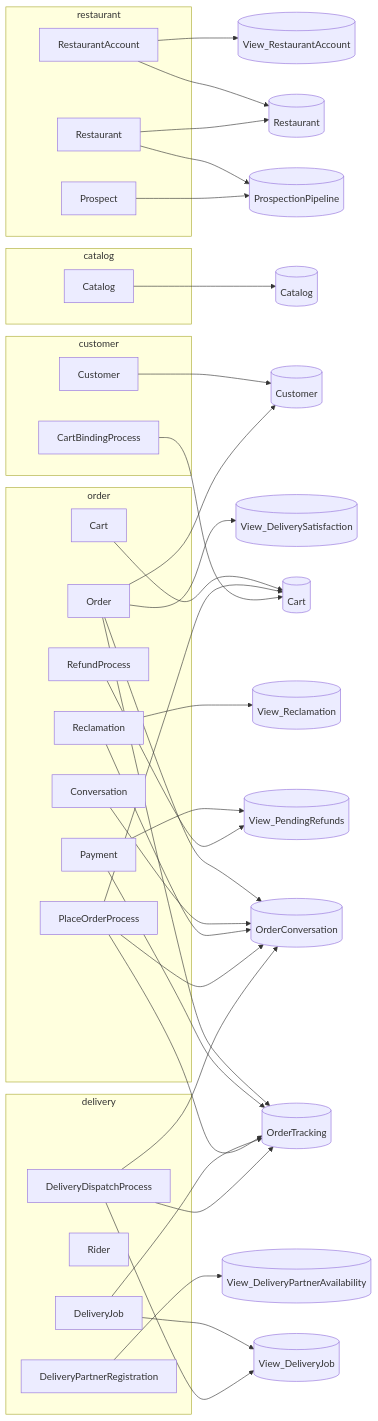
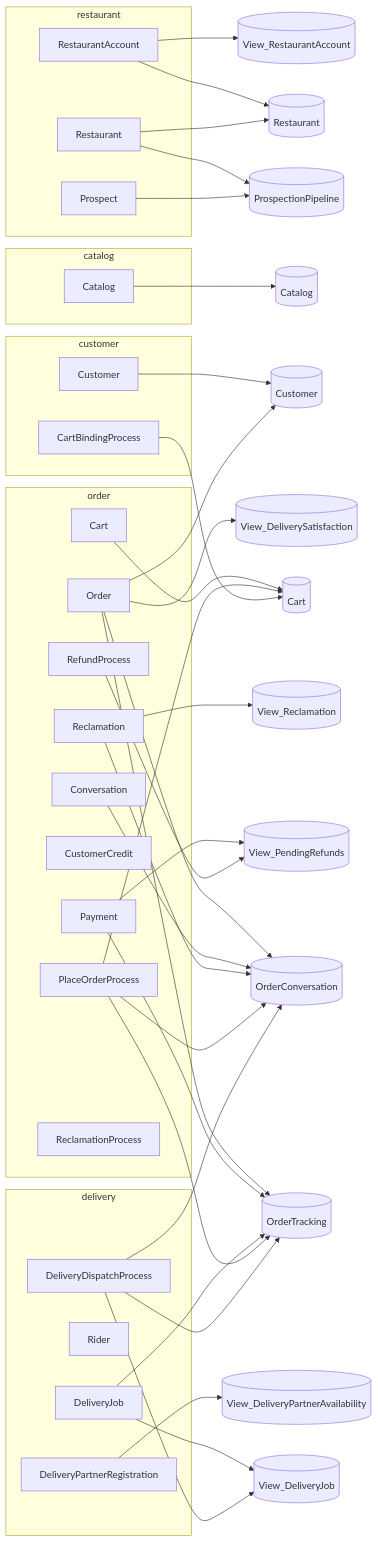
The second of 7 diagrams in specs/generated/c4.generated.md (TheCaptainCompany/captain-food), drawn with Mermaid before and after one commit. The commit also changed other lines of this file and 28 other files, not shown here.

First line of the commit message:
feat(#158): CustomerCredit ledger + ReclamationProcess saga (credit arm) — foundation

````diff
--- a/specs/generated/c4.generated.md
+++ b/specs/generated/c4.generated.md
@@ -64,71 +64,73 @@
 ```mermaid
 flowchart LR
   subgraph g_restaurant["restaurant"]
     a_RestaurantAccount["RestaurantAccount"]
     a_Restaurant["Restaurant"]
     a_Prospect["Prospect"]
   end
   subgraph g_catalog["catalog"]
     a_Catalog["Catalog"]
   end
   subgraph g_order["order"]
     a_Cart["Cart"]
     a_Order["Order"]
     a_Payment["Payment"]
     a_Conversation["Conversation"]
     a_Reclamation["Reclamation"]
+    a_CustomerCredit["CustomerCredit"]
     a_PlaceOrderProcess["PlaceOrderProcess"]
     a_RefundProcess["RefundProcess"]
+    a_ReclamationProcess["ReclamationProcess"]
   end
   subgraph g_customer["customer"]
     a_Customer["Customer"]
     a_CartBindingProcess["CartBindingProcess"]
   end
   subgraph g_delivery["delivery"]
     a_DeliveryJob["DeliveryJob"]
     a_Rider["Rider"]
     a_DeliveryPartnerRegistration["DeliveryPartnerRegistration"]
     a_DeliveryDispatchProcess["DeliveryDispatchProcess"]
   end
   v_View_RestaurantAccount[("View_RestaurantAccount")]
   v_Restaurant[("Restaurant")]
   v_ProspectionPipeline[("ProspectionPipeline")]
   v_View_DeliveryPartnerAvailability[("View_DeliveryPartnerAvailability")]
   v_Catalog[("Catalog")]
   v_Customer[("Customer")]
   v_Cart[("Cart")]
   v_OrderTracking[("OrderTracking")]
   v_OrderConversation[("OrderConversation")]
   v_View_DeliverySatisfaction[("View_DeliverySatisfaction")]
   v_View_PendingRefunds[("View_PendingRefunds")]
   v_View_DeliveryJob[("View_DeliveryJob")]
   v_View_Reclamation[("View_Reclamation")]
   a_RestaurantAccount --> v_View_RestaurantAccount
   a_RestaurantAccount --> v_Restaurant
   a_Restaurant --> v_Restaurant
   a_Restaurant --> v_ProspectionPipeline
   a_Prospect --> v_ProspectionPipeline
   a_DeliveryPartnerRegistration --> v_View_DeliveryPartnerAvailability
   a_Catalog --> v_Catalog
   a_Customer --> v_Customer
   a_Cart --> v_Cart
   a_Order --> v_OrderTracking
   a_Order --> v_OrderConversation
   a_Order --> v_Customer
   a_Order --> v_View_DeliverySatisfaction
   a_Payment --> v_OrderTracking
   a_Payment --> v_View_PendingRefunds
   a_DeliveryJob --> v_View_DeliveryJob
   a_DeliveryJob --> v_OrderTracking
   a_Conversation --> v_OrderConversation
   a_Reclamation --> v_View_Reclamation
   a_Reclamation --> v_OrderConversation
   a_PlaceOrderProcess --> v_OrderTracking
   a_PlaceOrderProcess --> v_OrderConversation
   a_PlaceOrderProcess --> v_Cart
   a_RefundProcess --> v_View_PendingRefunds
   a_CartBindingProcess --> v_Cart
   a_DeliveryDispatchProcess --> v_View_DeliveryJob
   a_DeliveryDispatchProcess --> v_OrderTracking
   a_DeliveryDispatchProcess --> v_OrderConversation
 ```
````
